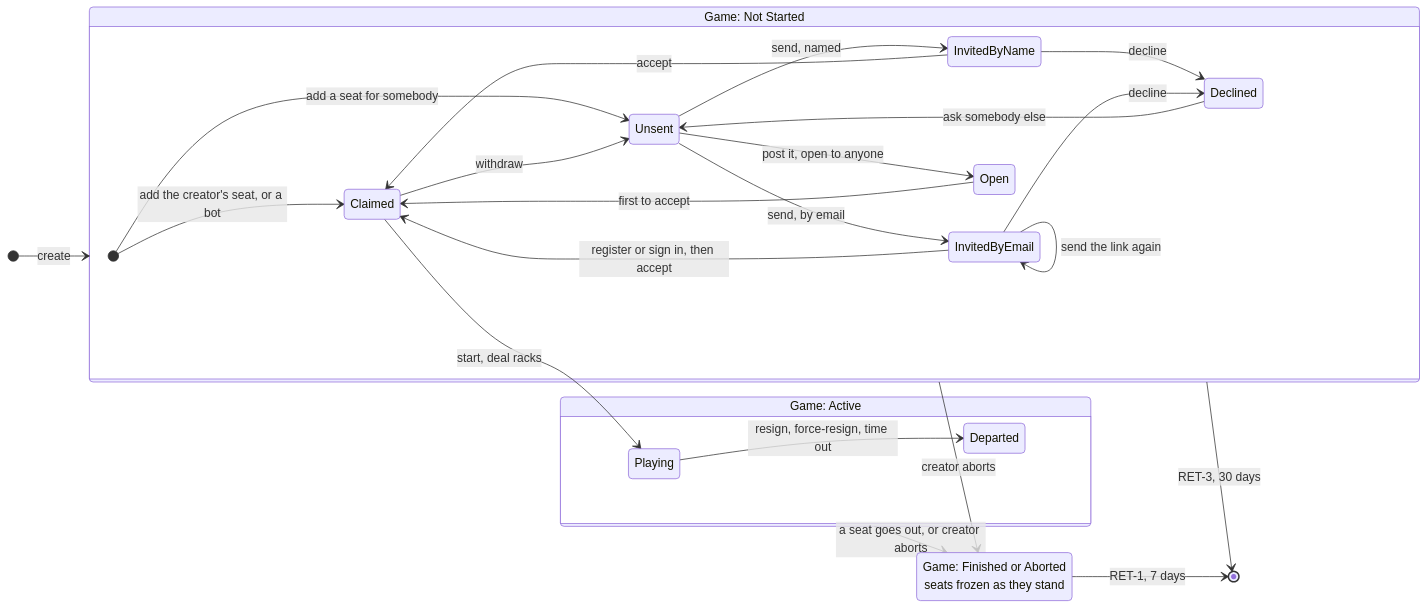
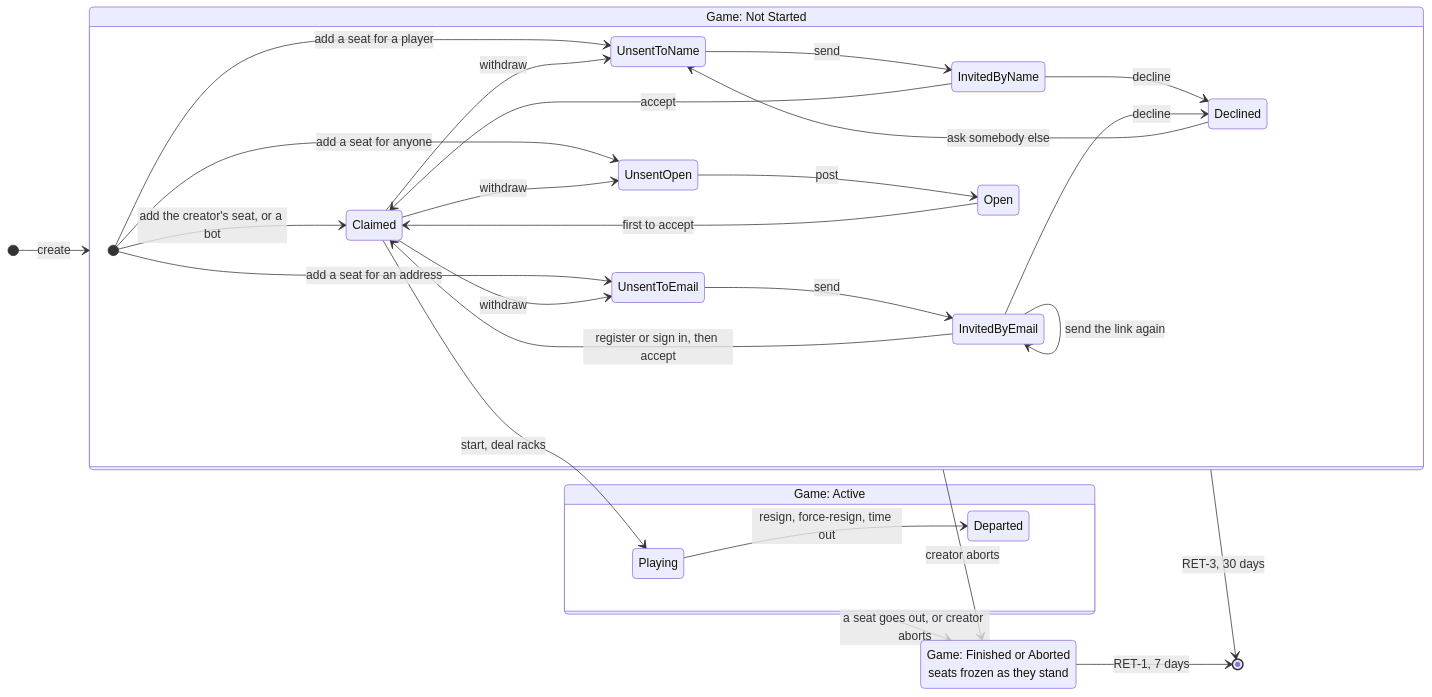
The first of 3 diagrams in docs/changes/71-one-game-model.md (SteveStyle/scrabble-px), drawn with Mermaid before and after one commit. The commit also changed other lines of this file, not shown here.

First line of the commit message:
app 0.4.24 api 2.10: split the unsent seat three ways

````diff
--- a/docs/changes/71-one-game-model.md
+++ b/docs/changes/71-one-game-model.md
@@ -327,33 +354,37 @@
 ```mermaid
 stateDiagram-v2
     direction LR
     [*] --> NotStarted: create
 
     state "Game: Not Started" as NotStarted {
         [*] --> Claimed: add the creator's seat, or a bot
-        [*] --> Unsent: add a seat for somebody
-        Unsent --> InvitedByName: send, named
-        Unsent --> InvitedByEmail: send, by email
-        Unsent --> Open: post it, open to anyone
+        [*] --> UnsentToName: add a seat for a player
+        [*] --> UnsentToEmail: add a seat for an address
+        [*] --> UnsentOpen: add a seat for anyone
+        UnsentToName --> InvitedByName: send
+        UnsentToEmail --> InvitedByEmail: send
+        UnsentOpen --> Open: post
         InvitedByEmail --> InvitedByEmail: send the link again
         InvitedByName --> Claimed: accept
         InvitedByEmail --> Claimed: register or sign in, then accept
         Open --> Claimed: first to accept
         InvitedByName --> Declined: decline
         InvitedByEmail --> Declined: decline
-        Declined --> Unsent: ask somebody else
-        Claimed --> Unsent: withdraw
+        Declined --> UnsentToName: ask somebody else
+        Claimed --> UnsentToName: withdraw
+        Claimed --> UnsentToEmail: withdraw
+        Claimed --> UnsentOpen: withdraw
     }
 
     state "Game: Active" as Active {
         Playing --> Departed: resign, force-resign, time out
     }
 
     state "Game: Finished or Aborted<br/>seats frozen as they stand" as Over
 
     Claimed --> Playing: start, deal racks
     NotStarted --> Over: creator aborts
     Active --> Over: a seat goes out, or creator aborts
     NotStarted --> [*]: RET-3, 30 days
     Over --> [*]: RET-1, 7 days
 ```
````
